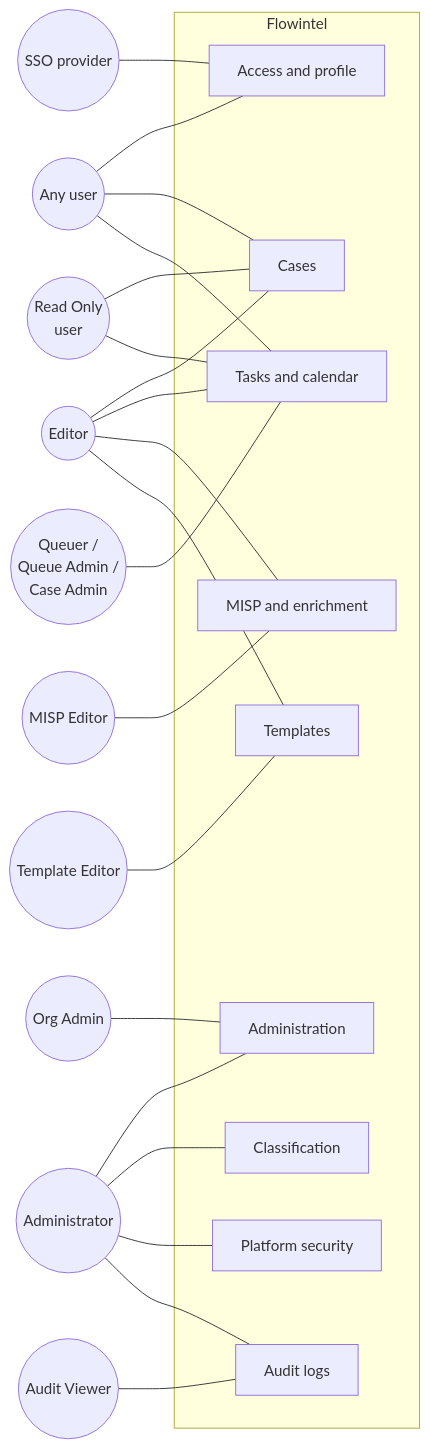
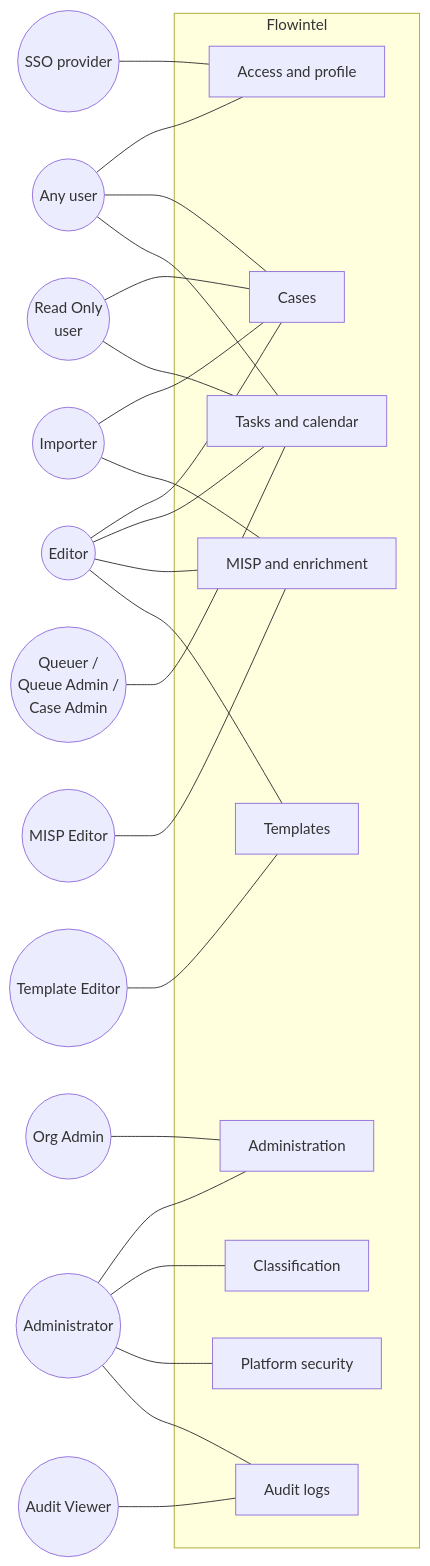
Before and after one commit to flowintel/flowintel: the tenth of 17 diagrams in doc/technical-specifications.md, drawn with Mermaid. The commit also changed other lines of this file and 18 other files, not shown here.

Commit message:
Documentation with technical design of Flowintel. Includes exports of Mermaid in PNG format, together with a drawio file.

````diff
--- a/doc/technical-specifications.md
+++ b/doc/technical-specifications.md
@@ -577,45 +594,48 @@
 ```mermaid
 flowchart LR
     anyuser(("Any user"))
     readonly(("Read Only<br/>user"))
     editor(("Editor"))
     mispeditor(("MISP Editor"))
     foureye(("Queuer /<br/>Queue Admin /<br/>Case Admin"))
     tpled(("Template Editor"))
     orgadmin(("Org Admin"))
     admin(("Administrator"))
     auditor(("Audit Viewer"))
+    importer(("Importer"))
     sso(("SSO provider"))
 
     subgraph sys["Flowintel"]
         access["Access and profile"]
         cases["Cases"]
         tasks["Tasks and calendar"]
         mispg["MISP and enrichment"]
         templates["Templates"]
         classif["Classification"]
         adminarea["Administration"]
         audit["Audit logs"]
         security["Platform security"]
     end
 
     anyuser --- access
     anyuser --- cases
     anyuser --- tasks
     readonly --- cases
     readonly --- tasks
     editor --- cases
     editor --- tasks
     editor --- mispg
     editor --- templates
     mispeditor --- mispg
     foureye --- tasks
     tpled --- templates
     orgadmin --- adminarea
     admin --- adminarea
     admin --- classif
     admin --- security
     admin --- audit
     auditor --- audit
+    importer --- cases
+    importer --- mispg
     sso --- access
 ```
````
